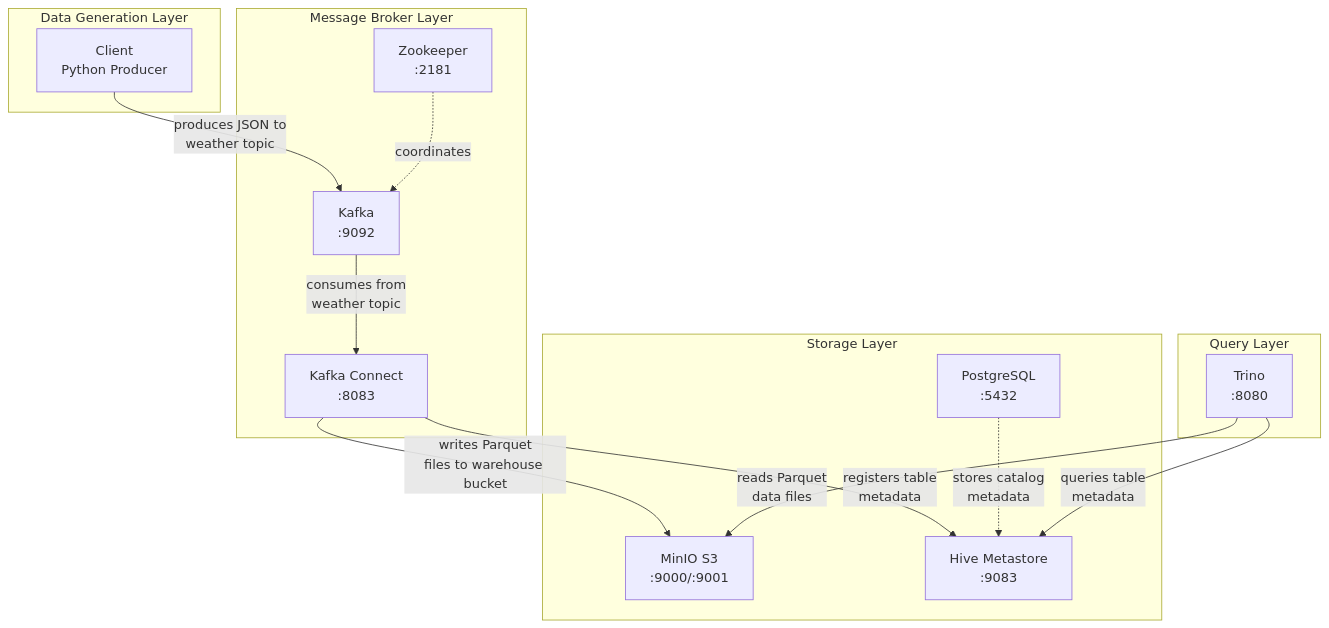
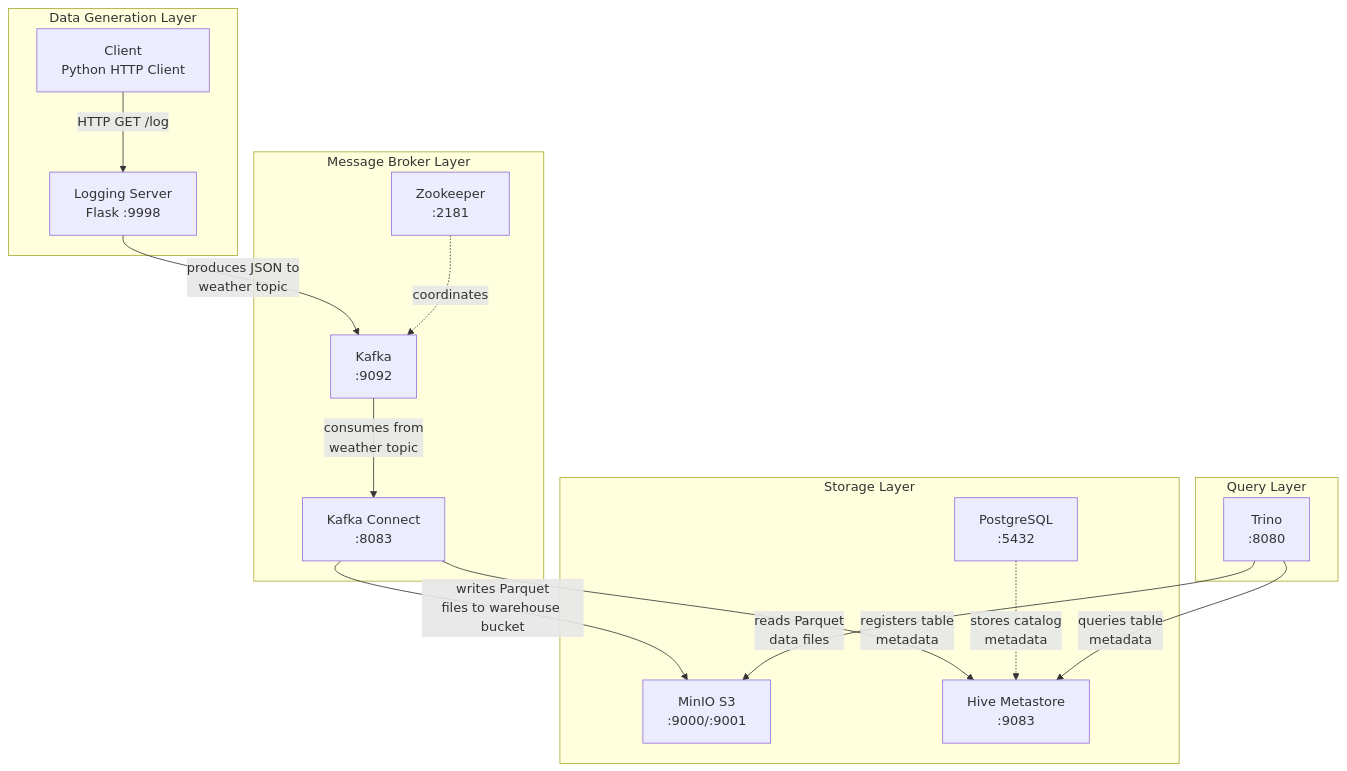
The first of 2 diagrams in PLAN.md (rejithry/data-pipeline-cursor), drawn with Mermaid before and after one commit. The commit also changed other lines of this file and 9 other files, not shown here.

Commit message:
Add logging server, update client to use HTTP, fix Kafka Connect dependencies, update ts format to YYYY-MM-DD-HH

````diff
--- a/PLAN.md
+++ b/PLAN.md
@@ -7,31 +7,33 @@
 ```mermaid
 flowchart TB
     subgraph producers [Data Generation Layer]
-        Client[Client<br/>Python Producer]
+        Client[Client<br/>Python HTTP Client]
+        LoggingServer[Logging Server<br/>Flask :9998]
     end
     
     subgraph kafka_layer [Message Broker Layer]
         Zookeeper[Zookeeper<br/>:2181]
         Kafka[Kafka<br/>:9092]
         KafkaConnect[Kafka Connect<br/>:8083]
     end
     
     subgraph storage [Storage Layer]
         MinIO[MinIO S3<br/>:9000/:9001]
         PostgreSQL[PostgreSQL<br/>:5432]
         HiveMetastore[Hive Metastore<br/>:9083]
     end
     
     subgraph query [Query Layer]
         Trino[Trino<br/>:8080]
     end
     
-    Client -->|produces JSON to<br/>weather topic| Kafka
+    Client -->|HTTP GET /log| LoggingServer
+    LoggingServer -->|produces JSON to<br/>weather topic| Kafka
     Zookeeper -.->|coordinates| Kafka
     Kafka -->|consumes from<br/>weather topic| KafkaConnect
     KafkaConnect -->|writes Parquet<br/>files to warehouse bucket| MinIO
     KafkaConnect -->|registers table<br/>metadata| HiveMetastore
     PostgreSQL -.->|stores catalog<br/>metadata| HiveMetastore
     Trino -->|queries table<br/>metadata| HiveMetastore
     Trino -->|reads Parquet<br/>data files| MinIO
 ```
````
